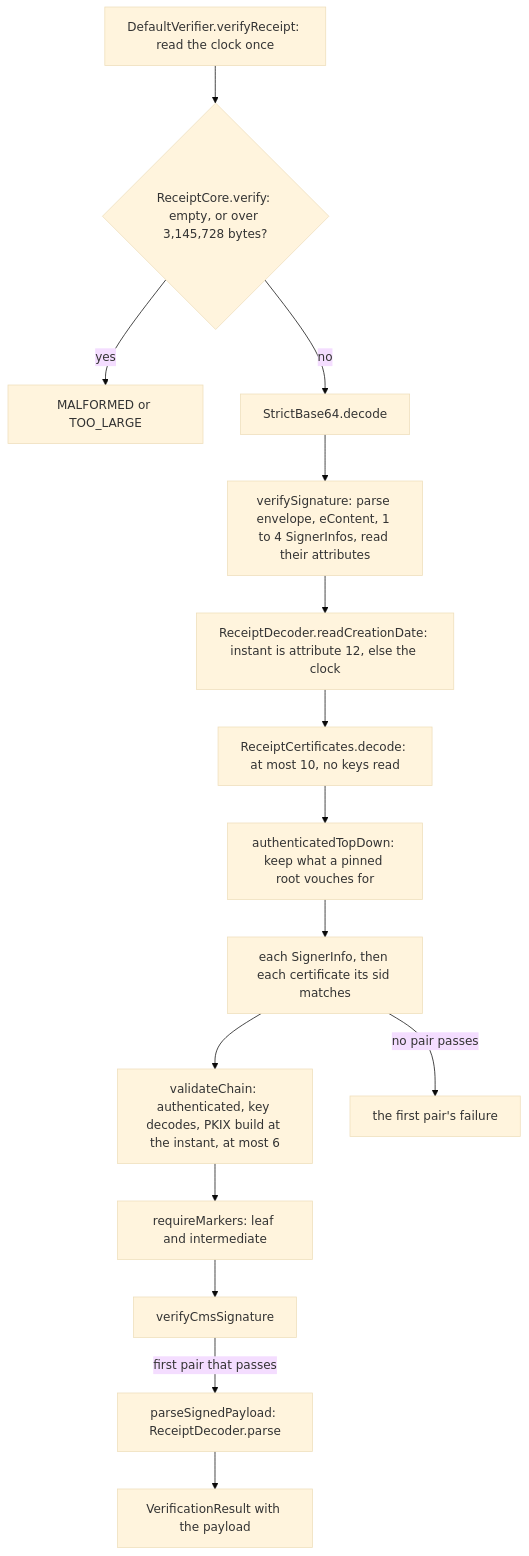
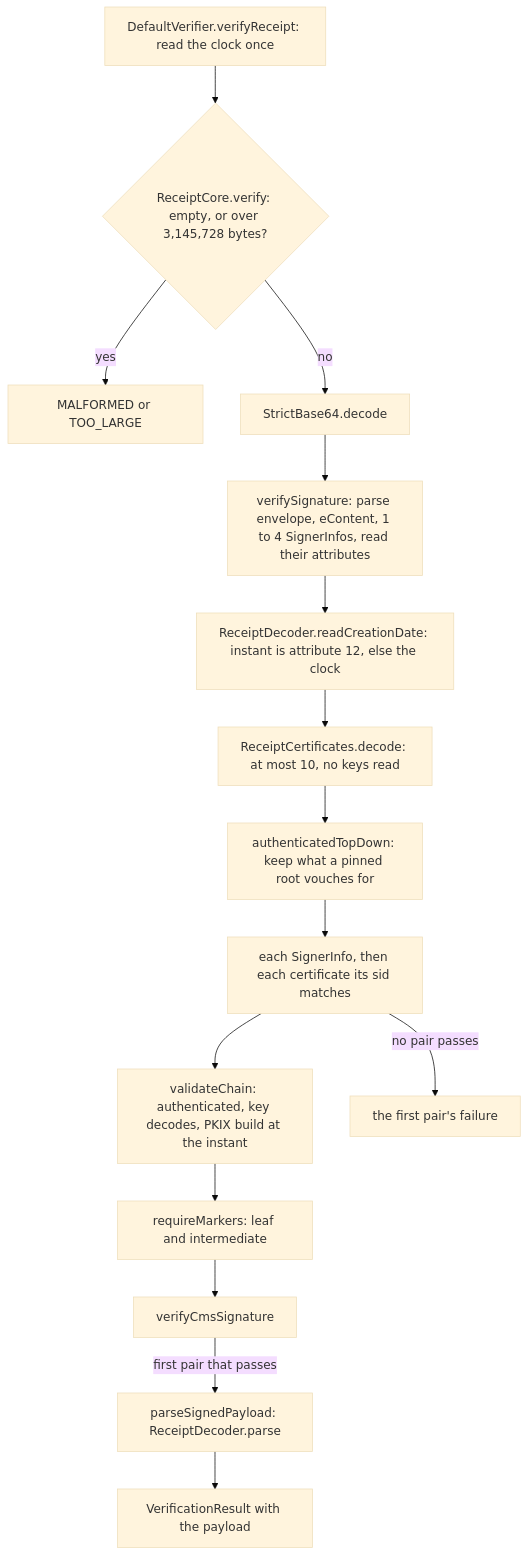
One commit to emindeniz99/apple-purchase-receipt-verifier changed the third of 3 diagrams in java/WALKTHROUGH.md. Above: the diagram before and after it, drawn with Mermaid (base theme). The commit also changed other lines of this file and 4 other files, not shown here.

````diff
--- a/java/WALKTHROUGH.md
+++ b/java/WALKTHROUGH.md
@@ -513,17 +513,17 @@
 ```mermaid
 flowchart TD
     S["DefaultVerifier.verifyReceipt: read the clock once"] --> C1{"ReceiptCore.verify: empty, or over 3,145,728 bytes?"}
     C1 -->|yes| F1["MALFORMED or TOO_LARGE"]
     C1 -->|no| C2["StrictBase64.decode"]
     C2 --> C3["verifySignature: parse envelope, eContent, 1 to 4 SignerInfos, read their attributes"]
     C3 --> C4["ReceiptDecoder.readCreationDate: instant is attribute 12, else the clock"]
     C4 --> C5["ReceiptCertificates.decode: at most 10, no keys read"]
     C5 --> C6["authenticatedTopDown: keep what a pinned root vouches for"]
     C6 --> L["each SignerInfo, then each certificate its sid matches"]
-    L --> C7["validateChain: authenticated, key decodes, PKIX build at the instant, at most 6"]
+    L --> C7["validateChain: authenticated, key decodes, PKIX build at the instant"]
     C7 --> C8["requireMarkers: leaf and intermediate"]
     C8 --> C9["verifyCmsSignature"]
     C9 -->|first pair that passes| C10["parseSignedPayload: ReceiptDecoder.parse"]
     C10 --> OK["VerificationResult with the payload"]
     L -->|no pair passes| F2["the first pair's failure"]
 ```
````
